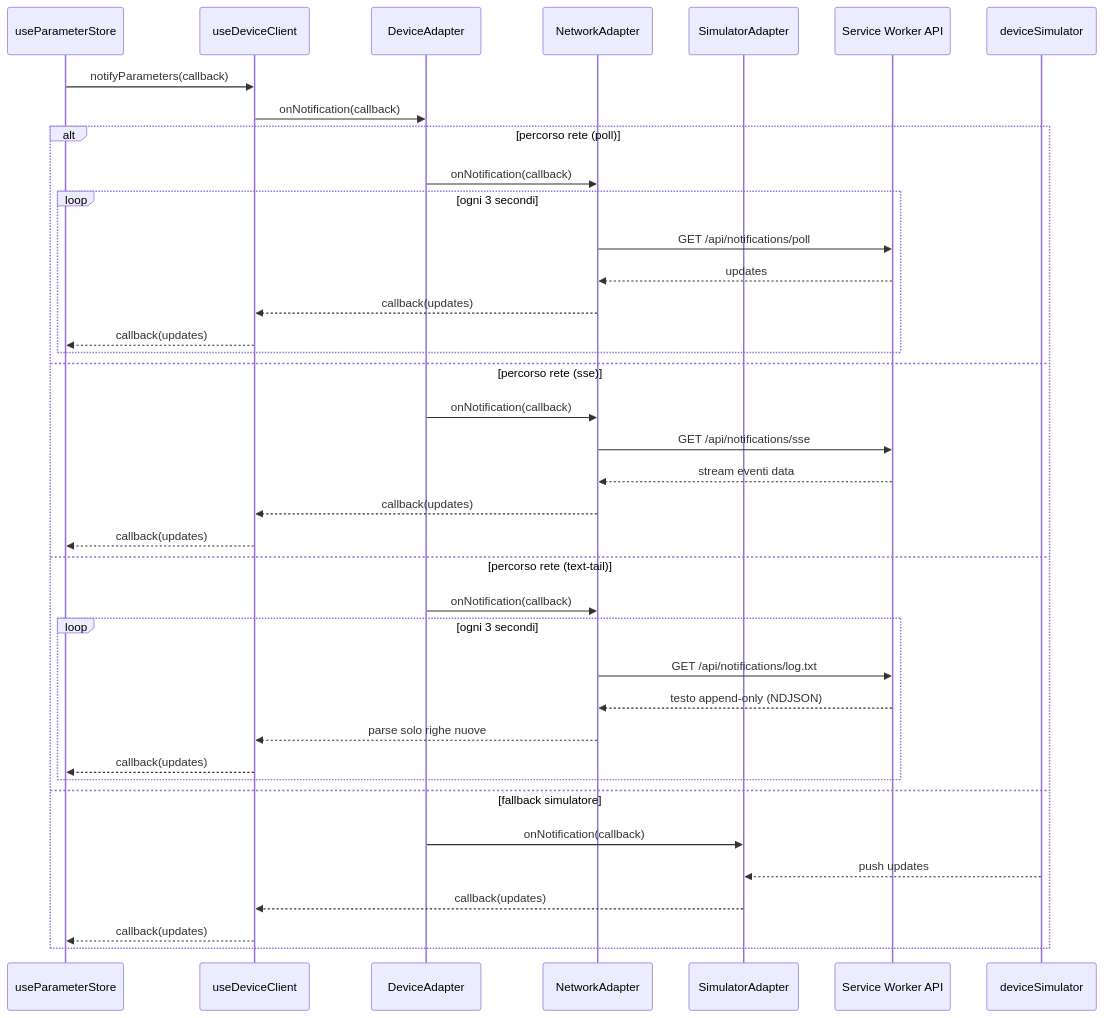
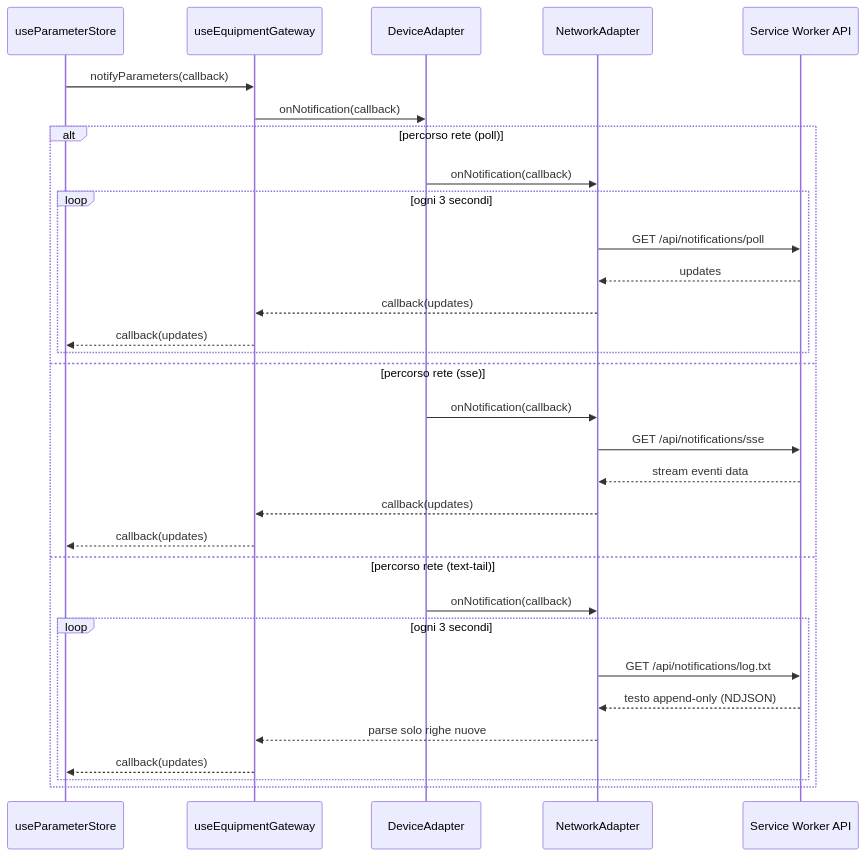
One commit to mad4j/hmi-demo changed the fifth of 6 diagrams in README.md. Above: the diagram before and after it, drawn with Mermaid. The commit also changed other lines of this file and 6 other files, not shown here.

First line of the commit message:
Remove direct simulator; default to NetworkAdapter

````diff
--- a/README.md
+++ b/README.md
@@ -188,41 +145,34 @@
 ```mermaid
 sequenceDiagram
   participant Store as useParameterStore
-  participant Client as useDeviceClient
+  participant Client as useEquipmentGateway
   participant Adapter as DeviceAdapter
   participant Net as NetworkAdapter
-  participant Sim as SimulatorAdapter
   participant SW as Service Worker API
-  participant Core as deviceSimulator
 
   Store->>Client: notifyParameters(callback)
   Client->>Adapter: onNotification(callback)
   alt percorso rete (poll)
     Adapter->>Net: onNotification(callback)
     loop ogni 3 secondi
       Net->>SW: GET /api/notifications/poll
       SW-->>Net: updates
       Net-->>Client: callback(updates)
       Client-->>Store: callback(updates)
     end
   else percorso rete (sse)
     Adapter->>Net: onNotification(callback)
     Net->>SW: GET /api/notifications/sse
     SW-->>Net: stream eventi data
     Net-->>Client: callback(updates)
     Client-->>Store: callback(updates)
   else percorso rete (text-tail)
     Adapter->>Net: onNotification(callback)
     loop ogni 3 secondi
       Net->>SW: GET /api/notifications/log.txt
       SW-->>Net: testo append-only (NDJSON)
       Net-->>Client: parse solo righe nuove
       Client-->>Store: callback(updates)
     end
-  else fallback simulatore
-    Adapter->>Sim: onNotification(callback)
-    Core-->>Sim: push updates
-    Sim-->>Client: callback(updates)
-    Client-->>Store: callback(updates)
   end
 ```
````
